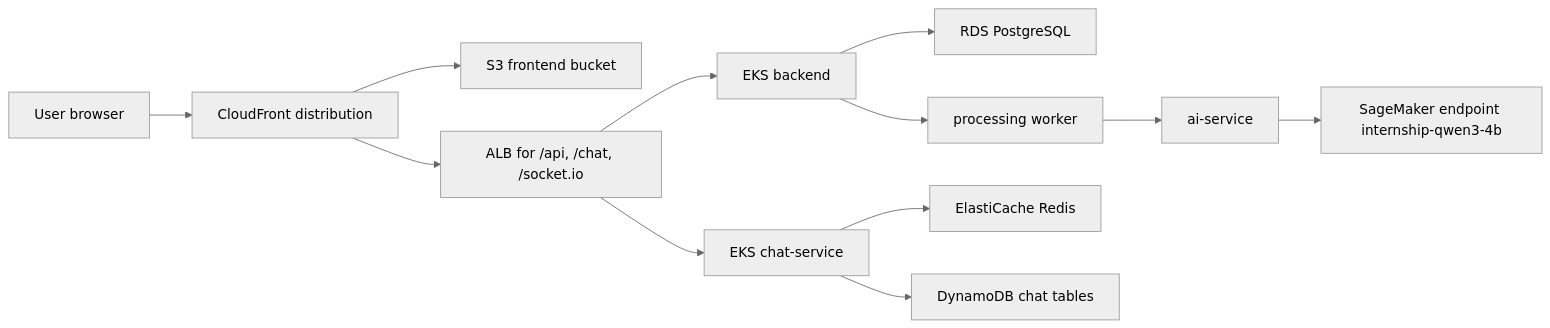
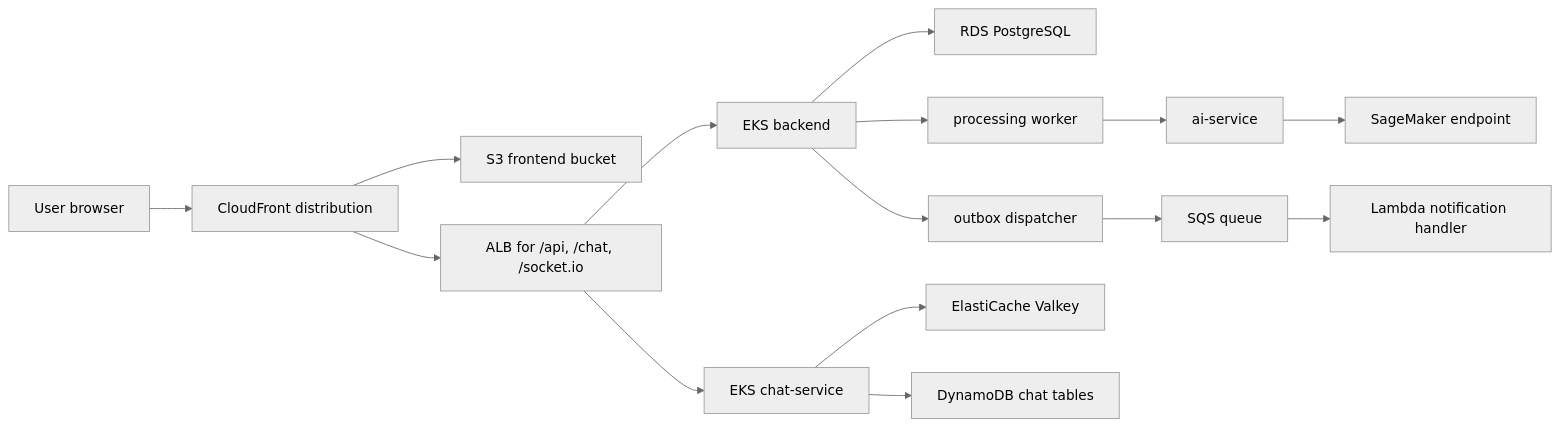
One commit to zKdKaidO/AWS_Report changed the diagram in content/1-Worklog/1.8-Week8/_index.md. Above: the diagram before and after it, drawn with Mermaid (neutral theme). The commit also changed other lines of this file and 23 other files, not shown here.

````diff
--- a/content/1-Worklog/1.8-Week8/_index.md
+++ b/content/1-Worklog/1.8-Week8/_index.md
@@ -30,14 +34,17 @@
 ```mermaid
 flowchart LR
   Browser["User browser"] --> CF["CloudFront distribution"]
   CF --> S3["S3 frontend bucket"]
   CF --> ALB["ALB for /api, /chat, /socket.io"]
   ALB --> Backend["EKS backend"]
   ALB --> Chat["EKS chat-service"]
   Backend --> RDS["RDS PostgreSQL"]
-  Chat --> Redis["ElastiCache Redis"]
+  Chat --> Redis["ElastiCache Valkey"]
   Chat --> DDB["DynamoDB chat tables"]
   Backend --> Worker["processing worker"]
   Worker --> AI["ai-service"]
-  AI --> SageMaker["SageMaker endpoint internship-qwen3-4b"]
+  AI --> SageMaker["SageMaker endpoint"]
+  Backend --> Outbox["outbox dispatcher"]
+  Outbox --> SQS["SQS queue"]
+  SQS --> Lambda["Lambda notification handler"]
 ```
````
